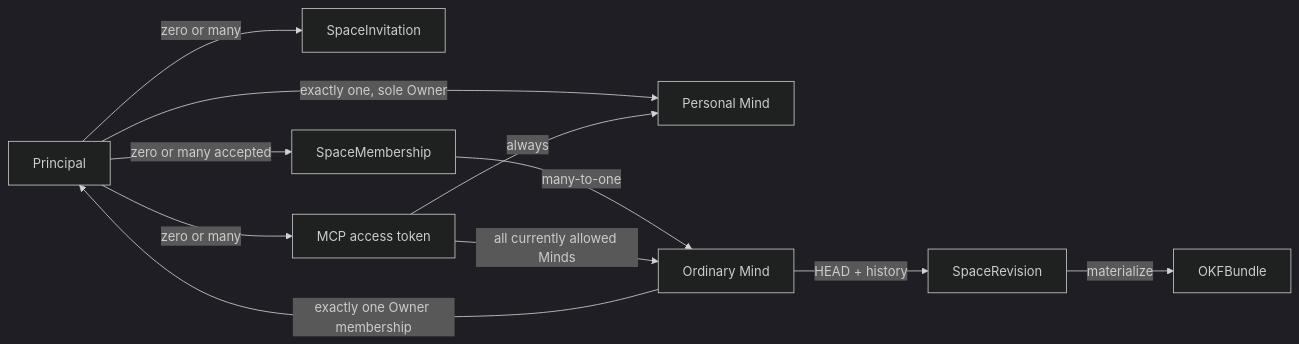
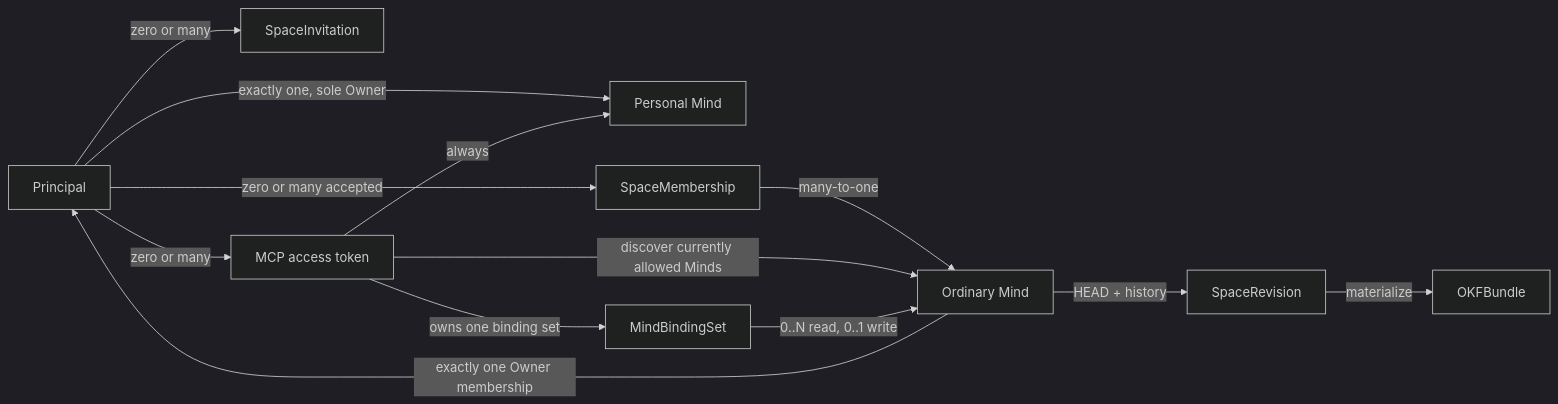
One commit to xxsrez/MindDiary changed the diagram in docs/specs/domain-model.md. Above: the diagram before and after it, drawn with Mermaid (dark theme). The commit also changed other lines of this file and 14 other files, not shown here.

Commit message:
MD-229 define Mind binding contract

````diff
--- a/docs/specs/domain-model.md
+++ b/docs/specs/domain-model.md
@@ -41,22 +41,24 @@
 ```mermaid
 flowchart LR
     Principal["Principal"]
     Personal["Personal Mind"]
     Invitation["SpaceInvitation"]
     Membership["SpaceMembership"]
     Space["Ordinary Mind"]
     Revision["SpaceRevision"]
     Bundle["OKFBundle"]
     Token["MCP access token"]
 
     Principal -->|"exactly one, sole Owner"| Personal
     Principal -->|"zero or many"| Invitation
     Principal -->|"zero or many accepted"| Membership
     Membership -->|"many-to-one"| Space
     Space -->|"exactly one Owner membership"| Principal
     Space -->|"HEAD + history"| Revision
     Revision -->|"materialize"| Bundle
     Principal -->|"zero or many"| Token
-    Token -->|"all currently allowed Minds"| Space
+    Token -->|"discover currently allowed Minds"| Space
+    Token -->|"owns one binding set"| MindBindingSet
+    MindBindingSet -->|"0..N read, 0..1 write"| Space
     Token -->|"always"| Personal
 ```
````
